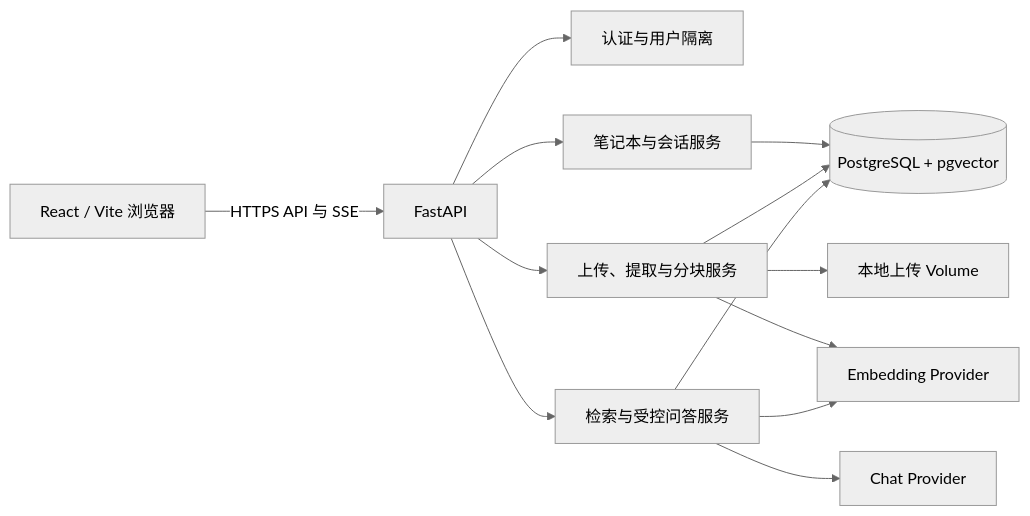
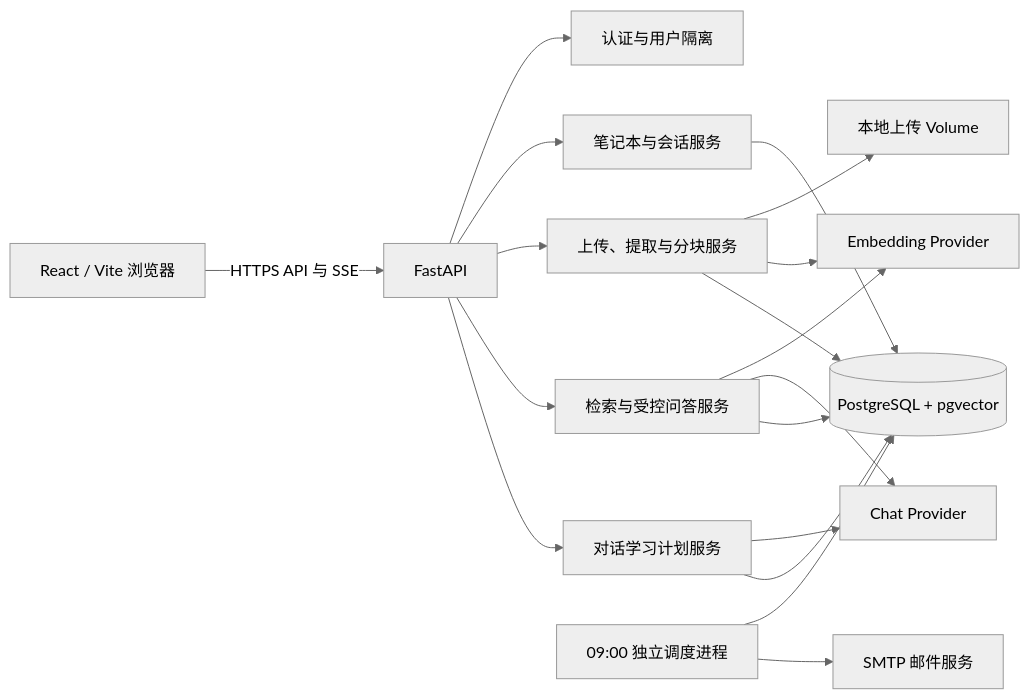
One commit to au1bhi/NoteLLM changed the diagram in docs/project/ARCHITECTURE.md. Above: the diagram before and after it, drawn with Mermaid (neutral theme). The commit also changed other lines of this file and 45 other files, not shown here.

````diff
--- a/docs/project/ARCHITECTURE.md
+++ b/docs/project/ARCHITECTURE.md
@@ -3,15 +3,20 @@
 ```mermaid
 flowchart LR
     Browser[React / Vite 浏览器] -->|HTTPS API 与 SSE| API[FastAPI]
     API --> Auth[认证与用户隔离]
     API --> Notebook[笔记本与会话服务]
     API --> Ingest[上传、提取与分块服务]
     API --> Answer[检索与受控问答服务]
+    API --> Plan[对话学习计划服务]
+    Scheduler[09:00 独立调度进程] --> DB
+    Scheduler --> Mail[SMTP 邮件服务]
     Ingest --> Files[本地上传 Volume]
     Ingest --> Embed[Embedding Provider]
     Answer --> Embed
     Answer --> Chat[Chat Provider]
     Notebook --> DB[(PostgreSQL + pgvector)]
     Ingest --> DB
     Answer --> DB
+    Plan --> Chat
+    Plan --> DB
 ```
````
